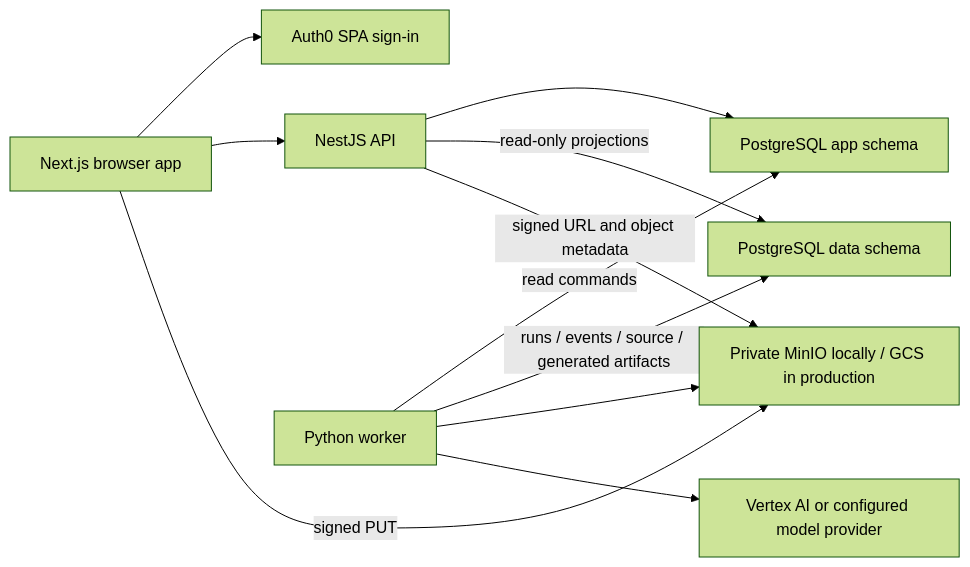
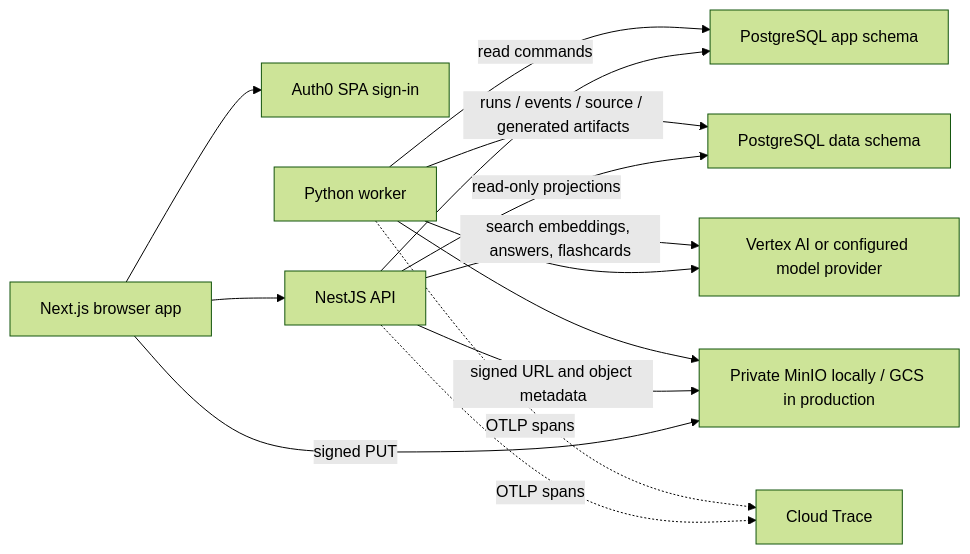
The diagram in docs/agent-handoff.md (tainguyen21/book-summary), drawn with Mermaid (forest theme) before and after one commit. The commit also changed other lines of this file and 1 other file, not shown here.

````diff
--- a/docs/agent-handoff.md
+++ b/docs/agent-handoff.md
@@ -22,13 +34,16 @@
 ```mermaid
 flowchart LR
   Browser[Next.js browser app] --> Auth0[Auth0 SPA sign-in]
   Browser --> API[NestJS API]
   Browser -->|signed PUT| Storage[Private MinIO locally / GCS in production]
   API --> AppDB[PostgreSQL app schema]
   API -->|read-only projections| DataDB[PostgreSQL data schema]
   API -->|signed URL and object metadata| Storage
   Worker[Python worker] -->|read commands| AppDB
   Worker -->|runs / events / source / generated artifacts| DataDB
   Worker --> Storage
   Worker --> Vertex[Vertex AI or configured model provider]
+  API -->|search embeddings, answers, flashcards| Vertex
+  API -. OTLP spans .-> Trace[Cloud Trace]
+  Worker -. OTLP spans .-> Trace
 ```
````
